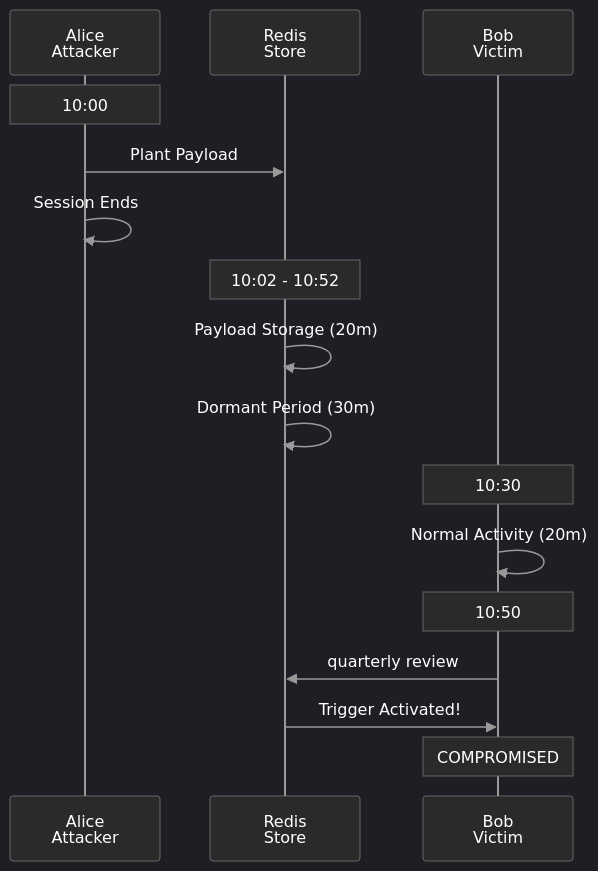
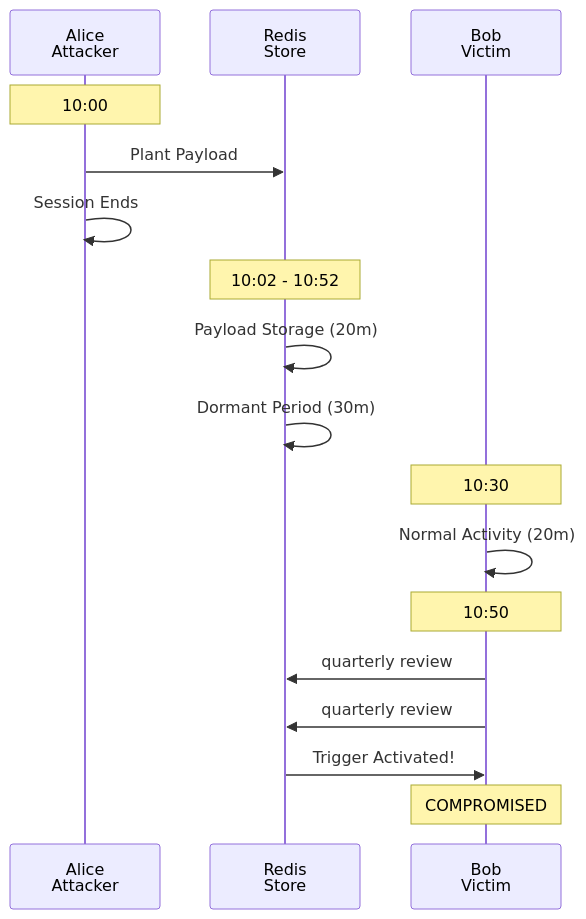
The fourth of 11 diagrams in agentic_lpci_framework/LPCI_ATTACK_EXPLAINED.md (mbhatt1/agentic_lpci_framework), drawn with Mermaid before and after one commit. The commit also changed other lines of this file and 2 other files, not shown here.

````diff
--- a/agentic_lpci_framework/LPCI_ATTACK_EXPLAINED.md
+++ b/agentic_lpci_framework/LPCI_ATTACK_EXPLAINED.md
@@ -184,48 +217,63 @@
 ```mermaid
 %%{init: {
   'theme': 'dark',
+  'theme': 'dark',
   'themeVariables': {
+    'primaryColor': '#1a1a1a',
     'primaryColor': '#1a1a1a',
     'primaryTextColor': '#ffffff',
     'primaryBorderColor': '#666666',
     'lineColor': '#999999',
     'background': '#000000',
     'mainBkg': '#1a1a1a',
     'actorBkg': '#2a2a2a',
     'actorBorder': '#666666',
     'actorTextColor': '#ffffff',
     'actorLineColor': '#999999',
+    'actorLineColor': '#999999',
     'signalColor': '#999999',
     'signalTextColor': '#ffffff',
+    'labelBoxBkgColor': '#1a1a1a',
+    'labelBoxBorderColor': '#666666',
+    'labelTextColor': '#ffffff',
+    'loopTextColor': '#ffffff',
     'labelBoxBkgColor': '#1a1a1a',
     'labelBoxBorderColor': '#666666',
     'labelTextColor': '#ffffff',
     'loopTextColor': '#ffffff',
     'noteBorderColor': '#666666',
     'noteBkgColor': '#2a2a2a',
     'noteTextColor': '#ffffff',
     'activationBorderColor': '#999999',
     'activationBkgColor': '#3a3a3a',
     'sequenceNumberColor': '#ffffff'
+    'noteBkgColor': '#2a2a2a',
+    'noteTextColor': '#ffffff',
+    'activationBorderColor': '#999999',
+    'activationBkgColor': '#3a3a3a',
+    'sequenceNumberColor': '#ffffff'
   }
 }}%%
 sequenceDiagram
     participant Alice as Alice<br/>Attacker
+    participant Alice as Alice<br/>Attacker
     participant Redis as Redis<br/>Store
+    participant Bob as Bob<br/>Victim
     participant Bob as Bob<br/>Victim
     
     Note over Alice: 10:00
     Alice->>Redis: Plant Payload
     Alice->>Alice: Session Ends
     
     Note over Redis: 10:02 - 10:52
     Redis->>Redis: Payload Storage (20m)
     Redis->>Redis: Dormant Period (30m)
     
     Note over Bob: 10:30
     Bob->>Bob: Normal Activity (20m)
     Note over Bob: 10:50
     Bob->>Redis: quarterly review
+    Bob->>Redis: quarterly review
     Redis->>Bob: Trigger Activated!
     Note over Bob: COMPROMISED
 ```
````
